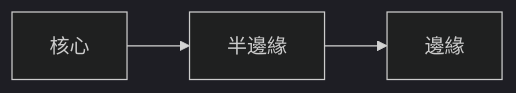
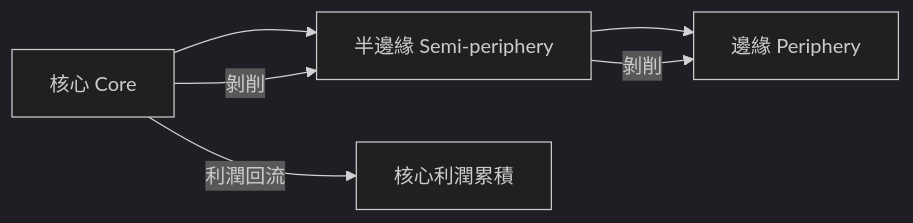
One commit to yip-lgtm/HKU-Harvard-History-Self-Study changed the third of 10 diagrams in 01_HKU_Courses/HIST2233_Globalizing_History.md. Above: the diagram before and after it, drawn with Mermaid (dark theme). The commit also changed other lines of this file and 65 other files, not shown here.

````diff
--- a/01_HKU_Courses/HIST2233_Globalizing_History.md
+++ b/01_HKU_Courses/HIST2233_Globalizing_History.md
@@ -105,5 +198,8 @@
 ```mermaid
 flowchart LR
-    A[核心] --> B[半邊緣]
-    B --> C[邊緣]
+    A[核心 Core] --> B[半邊緣 Semi-periphery]
+    B --> C[邊緣 Periphery]
+    A -->|剝削| B
+    B -->|剝削| C
+    A -->|利潤回流| D[核心利潤累積]
 ```
````
